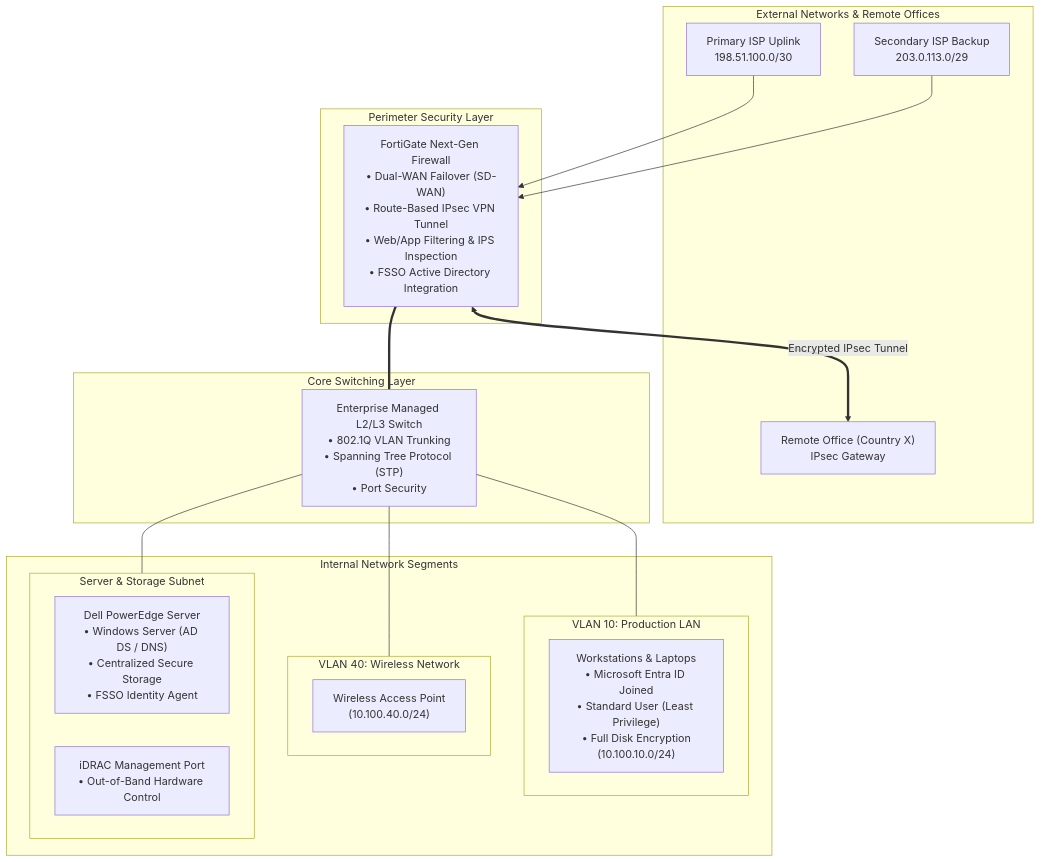
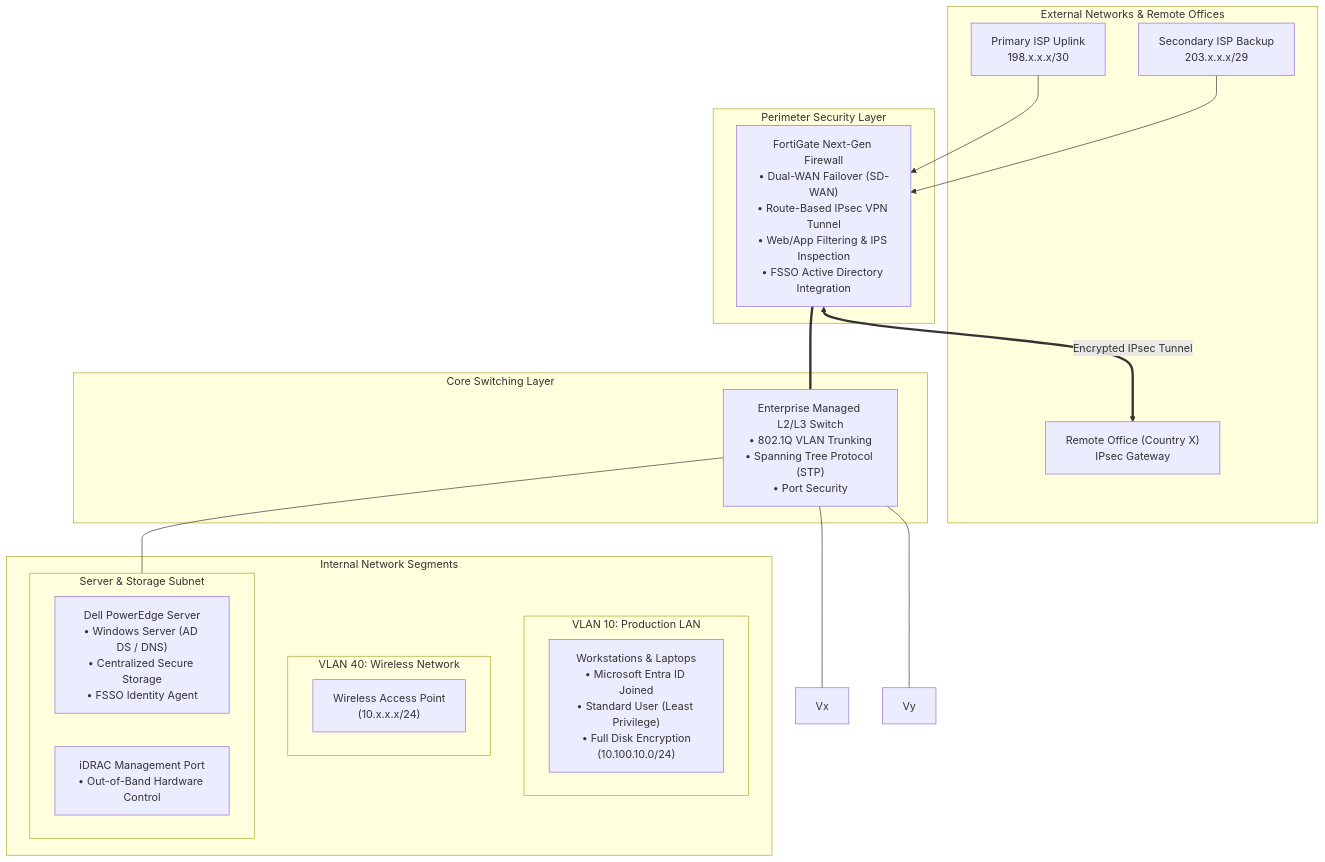
Before and after one commit to Chithu-18/Enterprise-Network-Setup: the diagram in README.md, drawn with Mermaid. The commit also changed other lines of this file, not shown here.

Commit message:
Sanitize IP addresses in README
Sanitized IP addresses in the network diagram and table.

````diff
--- a/README.md
+++ b/README.md
@@ -10,39 +10,39 @@
 ```mermaid
 flowchart TD
     subgraph WAN["External Networks & Remote Offices"]
-        ISP1["Primary ISP Uplink<br/>198.51.100.0/30"]
-        ISP2["Secondary ISP Backup<br/>203.0.113.0/29"]
+        ISP1["Primary ISP Uplink<br/>198.x.x.x/30"]
+        ISP2["Secondary ISP Backup<br/>203.x.x.x/29"]
         Remote["Remote Office (Country X)<br/>IPsec Gateway"]
     end
 
     subgraph Edge["Perimeter Security Layer"]
         FW["FortiGate Next-Gen Firewall<br/>• Dual-WAN Failover (SD-WAN)<br/>• Route-Based IPsec VPN Tunnel<br/>• Web/App Filtering & IPS Inspection<br/>• FSSO Active Directory Integration"]
     end
 
     subgraph Core["Core Switching Layer"]
         SW["Enterprise Managed L2/L3 Switch<br/>• 802.1Q VLAN Trunking<br/>• Spanning Tree Protocol (STP)<br/>• Port Security"]
     end
 
     subgraph Internal["Internal Network Segments"]
         subgraph V10["VLAN 10: Production LAN"]
             Clients["Workstations & Laptops<br/>• Microsoft Entra ID Joined<br/>• Standard User (Least Privilege)<br/>• Full Disk Encryption<br/>(10.100.10.0/24)"]
         end
 
         subgraph V40["VLAN 40: Wireless Network"]
-            AP["Wireless Access Point<br/>(10.100.40.0/24)"]
+            AP["Wireless Access Point<br/>(10.x.x.x/24)"]
         end
 
         subgraph ServerInfra["Server & Storage Subnet"]
             Server["Dell PowerEdge Server<br/>• Windows Server (AD DS / DNS)<br/>• Centralized Secure Storage<br/>• FSSO Identity Agent"]
             iDRAC["iDRAC Management Port<br/>• Out-of-Band Hardware Control"]
         end
     end
 
     ISP1 --> FW
     ISP2 --> FW
     FW <== "Encrypted IPsec Tunnel" ==> Remote
     FW === SW
-    SW --- V10
-    SW --- V40
+    SW --- Vx
+    SW --- Vy
     SW --- ServerInfra
 ```
````
